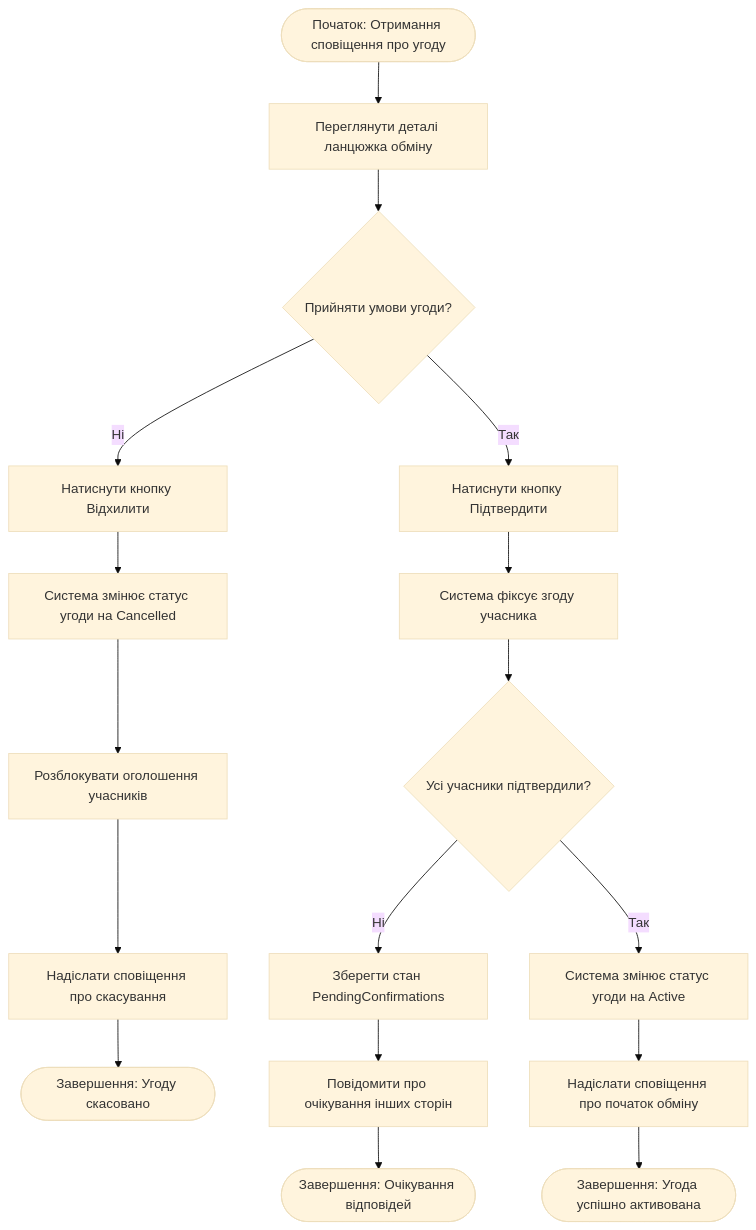
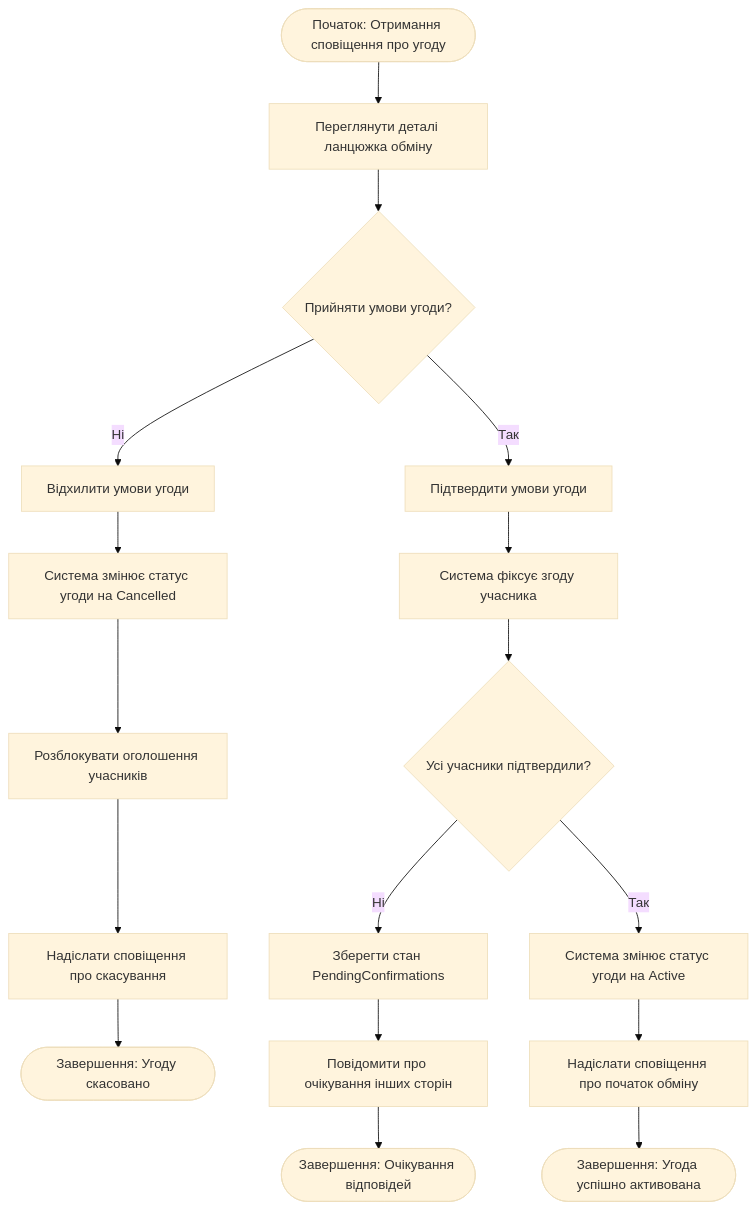
One commit to karinakliuchuk/cyberpunk-neon-barter changed the diagram in model/activity-uc-03.md. Above: the diagram before and after it, drawn with Mermaid (base theme).

````diff
--- a/model/activity-uc-03.md
+++ b/model/activity-uc-03.md
@@ -3,27 +3,27 @@
 ```mermaid
 flowchart TD
     A([Початок: Отримання сповіщення про угоду]) --> B[Переглянути деталі ланцюжка обміну]
     B --> C{Прийняти умови угоди?}
 
     %% Гілка відхилення
-    C -- Ні --> D[Натиснути кнопку Відхилити]
+    C -- Ні --> D[Відхилити умови угоди]
     D --> E[Система змінює статус угоди на Cancelled]
     E --> F[Розблокувати оголошення учасників]
     F --> G[Надіслати сповіщення про скасування]
     G --> H([Завершення: Угоду скасовано])
 
     %% Гілка підтвердження
-    C -- Так --> I[Натиснути кнопку Підтвердити]
+    C -- Так --> I[Підтвердити умови угоди]
     I --> J[Система фіксує згоду учасника]
     J --> K{Усі учасники підтвердили?}
 
     %% Очікування інших
     K -- Ні --> L[Зберегти стан PendingConfirmations]
     L --> M[Повідомити про очікування інших сторін]
     M --> N([Завершення: Очікування відповідей])
 
     %% Повна активація
     K -- Так --> O[Система змінює статус угоди на Active]
     O --> P[Надіслати сповіщення про початок обміну]
     P --> Q([Завершення: Угода успішно активована])
 ```
````
